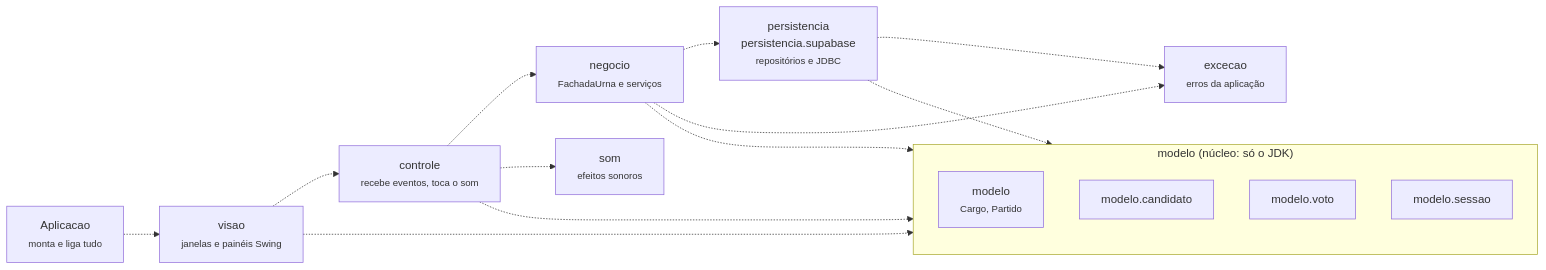
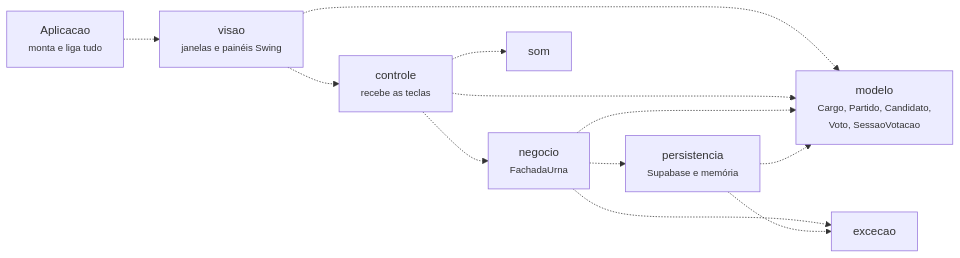
Before and after one commit to joaovsbarros10/urna-eletronica: the diagram in docs/uml/02-pacotes.mmd, drawn with Mermaid. The commit also changed 135 other files, not shown here.

```diff
--- a/docs/uml/02-pacotes.mmd
+++ b/docs/uml/02-pacotes.mmd
@@ -1,28 +1,22 @@
-%% Pacotes (seção 5.2): dependências em uma direção; o modelo não depende de ninguém.
+%% Pacotes: as dependências descem da visão ao modelo; o modelo não depende de ninguém.
 flowchart LR
     aplicacao["Aplicacao<br/><small>monta e liga tudo</small>"]
     visao["visao<br/><small>janelas e painéis Swing</small>"]
-    controle["controle<br/><small>recebe eventos, toca o som</small>"]
-    negocio["negocio<br/><small>FachadaUrna e serviços</small>"]
-    persistencia["persistencia<br/>persistencia.supabase<br/><small>repositórios e JDBC</small>"]
-    som["som<br/><small>efeitos sonoros</small>"]
-    excecao["excecao<br/><small>erros da aplicação</small>"]
-
-    subgraph nucleo["modelo (núcleo: só o JDK)"]
-        modelo["modelo<br/><small>Cargo, Partido</small>"]
-        candidato["modelo.candidato"]
-        voto["modelo.voto"]
-        sessao["modelo.sessao"]
-    end
+    controle["controle<br/><small>recebe as teclas</small>"]
+    negocio["negocio<br/><small>FachadaUrna</small>"]
+    persistencia["persistencia<br/><small>Supabase e memória</small>"]
+    modelo["modelo<br/><small>Cargo, Partido, Candidato,<br/>Voto, SessaoVotacao</small>"]
+    som["som"]
+    excecao["excecao"]
 
     aplicacao -.-> visao
     visao -.-> controle
-    visao -.-> nucleo
+    visao -.-> modelo
     controle -.-> negocio
     controle -.-> som
-    controle -.-> nucleo
+    controle -.-> modelo
     negocio -.-> persistencia
+    negocio -.-> modelo
     negocio -.-> excecao
-    negocio -.-> nucleo
+    persistencia -.-> modelo
     persistencia -.-> excecao
-    persistencia -.-> nucleo
```
